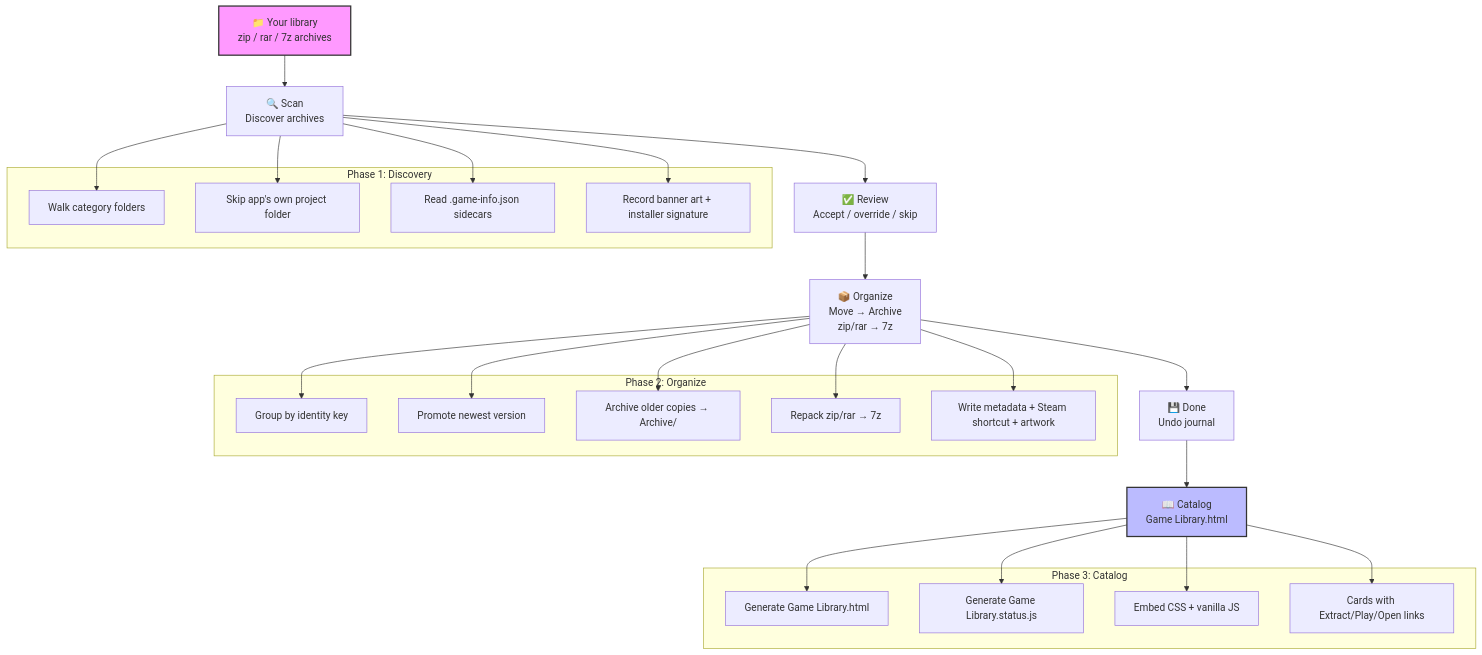
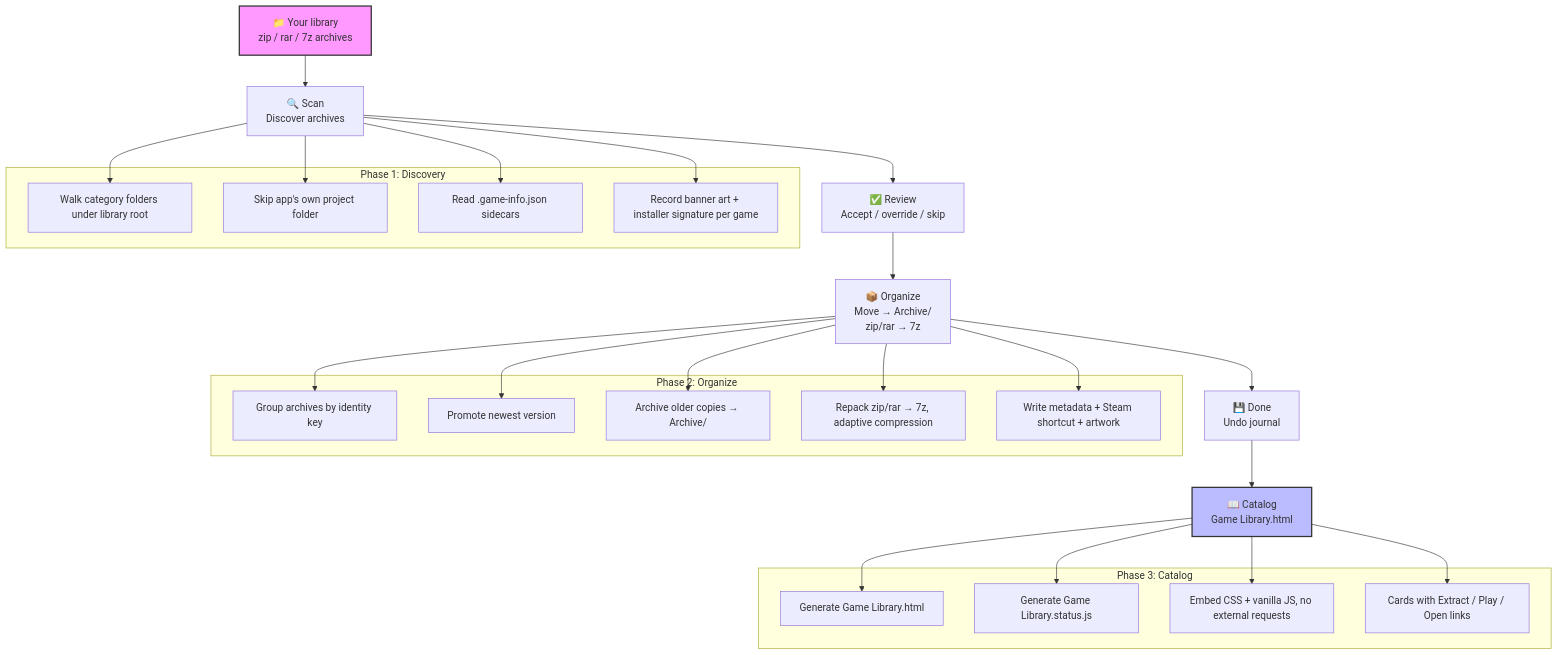
One commit to smd3235/steam-game-organizer changed the first of 11 diagrams in README.md. Above: the diagram before and after it, drawn with Mermaid. The commit also changed other lines of this file and 4 other files, not shown here.

Commit message:
docs: finalize all markdown overhaul with Mermaid diagrams, code links, change-comment rule, remove friend/piracy references

````diff
--- a/README.md
+++ b/README.md
@@ -32,47 +34,47 @@
 ```mermaid
 flowchart TD
     A[📁 Your library<br/>zip / rar / 7z archives] --> B[🔍 Scan<br/>Discover archives]
     B --> C[✅ Review<br/>Accept / override / skip]
-    C --> D[📦 Organize<br/>Move → Archive<br/>zip/rar → 7z]
+    C --> D[📦 Organize<br/>Move → Archive/<br/>zip/rar → 7z]
     D --> E[💾 Done<br/>Undo journal]
     E --> F[📖 Catalog<br/>Game Library.html]
     
     subgraph "Phase 1: Discovery"
-    B1[Walk category folders]
+    B1[Walk category folders under library root]
     B2[Skip app's own project folder]
     B3[Read .game-info.json sidecars]
-    B4[Record banner art + installer signature]
+    B4[Record banner art + installer signature per game]
     end
     
     subgraph "Phase 2: Organize"
-    D1[Group by identity key]
+    D1[Group archives by identity key]
     D2[Promote newest version]
     D3[Archive older copies → Archive/]
-    D4[Repack zip/rar → 7z]
+    D4[Repack zip/rar → 7z, adaptive compression]
     D5[Write metadata + Steam shortcut + artwork]
     end
     
     subgraph "Phase 3: Catalog"
     F1[Generate Game Library.html]
     F2[Generate Game Library.status.js]
-    F3[Embed CSS + vanilla JS]
-    F4[Cards with Extract/Play/Open links]
+    F3[Embed CSS + vanilla JS, no external requests]
+    F4[Cards with Extract / Play / Open links]
     end
     
     B --> B1
     B --> B2
     B --> B3
     B --> B4
     D --> D1
     D --> D2
     D --> D3
     D --> D4
     D --> D5
     F --> F1
     F --> F2
     F --> F3
     F --> F4
     
     style A fill:#f9f,stroke:#333,stroke-width:2px
     style F fill:#bbf,stroke:#333,stroke-width:2px
 ```
````
